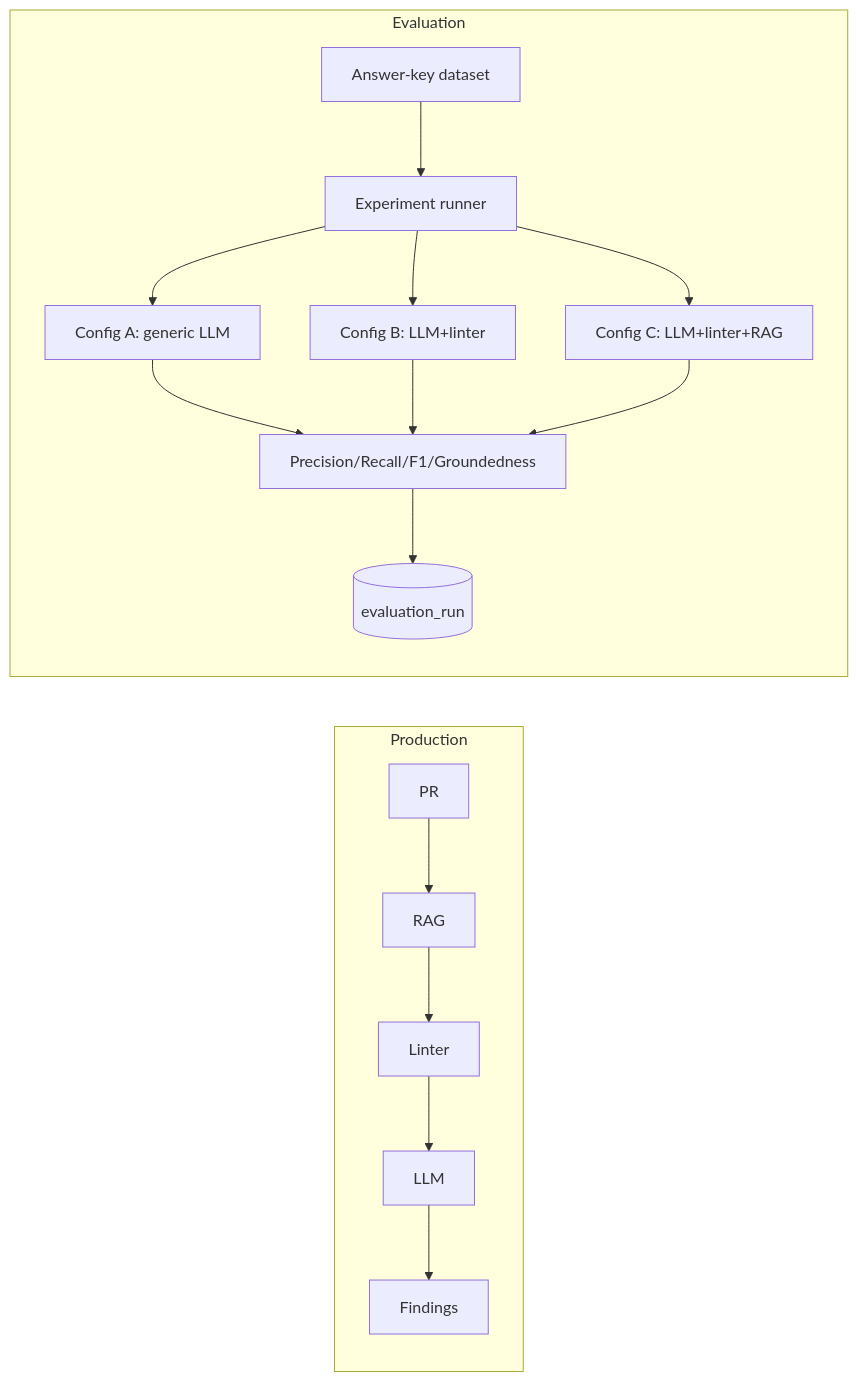
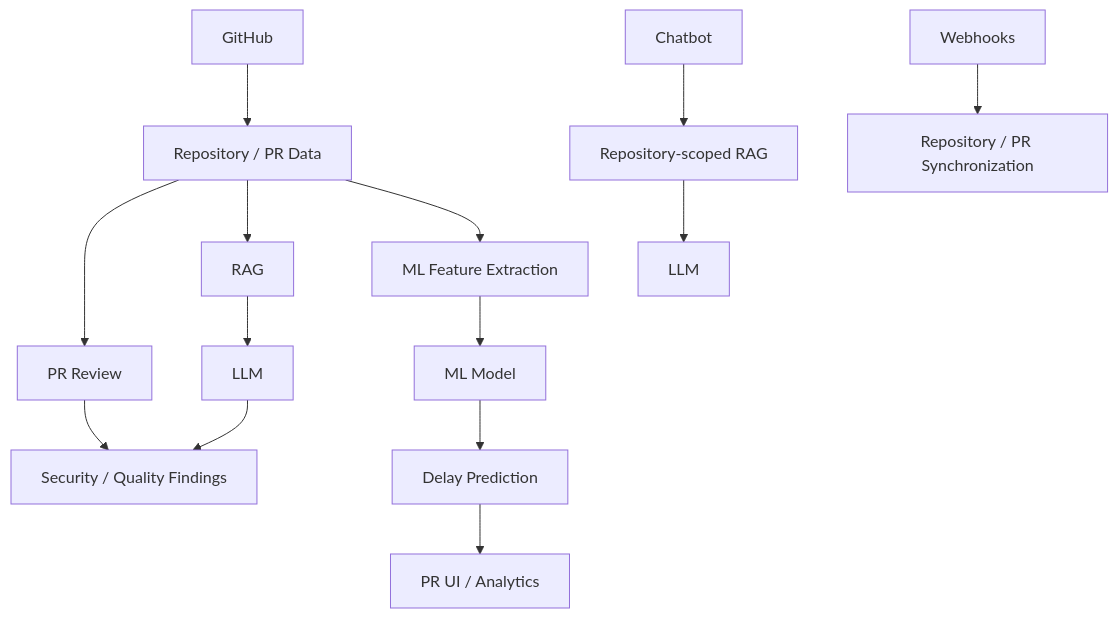
The second of 2 diagrams in Docs/02-architecture/diagrams/ai-review-pipeline.md (harshita20045/Repo-Mind-), drawn with Mermaid before and after one commit. The commit also changed other lines of this file and 46 other files, not shown here.

````diff
--- a/Docs/02-architecture/diagrams/ai-review-pipeline.md
+++ b/Docs/02-architecture/diagrams/ai-review-pipeline.md
@@ -25,16 +24,23 @@
 ```mermaid
-flowchart LR
-    subgraph Production
-        PR[PR] --> RAGp[RAG] --> Lintp[Linter] --> LLMp[LLM] --> Findp[Findings]
-    end
-    subgraph Evaluation
-        DS[Answer-key dataset] --> Exp[Experiment runner]
-        Exp --> CfgA[Config A: generic LLM]
-        Exp --> CfgB[Config B: LLM+linter]
-        Exp --> CfgC[Config C: LLM+linter+RAG]
-        CfgA --> Metrics[Precision/Recall/F1/Groundedness]
-        CfgB --> Metrics
-        CfgC --> Metrics
-        Metrics --> Store[(evaluation_run)]
-    end
+flowchart TD
+    %% PR Review Flow
+    GH[GitHub] --> PRData[Repository / PR Data]
+    PRData --> PRRev[PR Review]
+    PRRev --> Findings[Security / Quality Findings]
+    PRData --> RAG[RAG]
+    RAG --> LLM[LLM]
+    LLM --> Findings
+    
+    %% ML Flow
+    PRData --> MLExtract[ML Feature Extraction]
+    MLExtract --> MLModel[ML Model]
+    MLModel --> Delay[Delay Prediction]
+    Delay --> PRUI[PR UI / Analytics]
+    
+    %% Chat Flow
+    Chat[Chatbot] --> RepoRAG[Repository-scoped RAG]
+    RepoRAG --> ChatLLM[LLM]
+    
+    %% Webhook Flow
+    Hooks[Webhooks] --> Sync[Repository / PR Synchronization]
 ```
````
